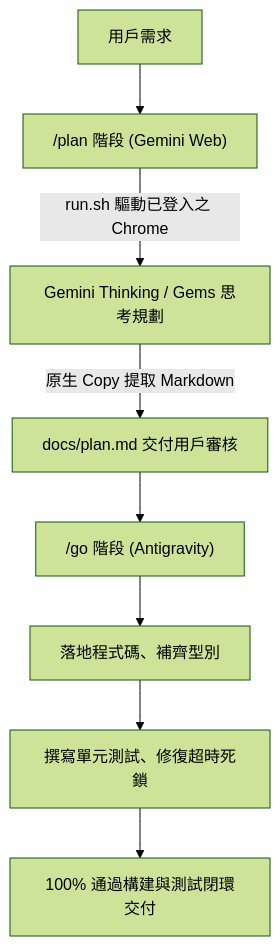
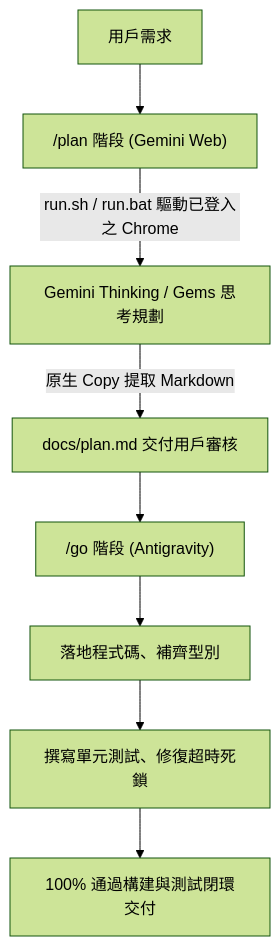
Before and after one commit to workingharry/gemini-web-copilot: the diagram in README.md, drawn with Mermaid (forest theme). The commit also changed other lines of this file and 4 other files, not shown here.

Commit message:
feat(windows): add full Windows support with install.ps1, run.bat, and cross-platform Chrome/paste detection

````diff
--- a/README.md
+++ b/README.md
@@ -58,10 +71,10 @@
 ```mermaid
 flowchart TD
     User["用戶需求"] --> Plan["/plan 階段 (Gemini Web)"]
-    Plan -->|"run.sh 驅動已登入之 Chrome"| Web["Gemini Thinking / Gems 思考規劃"]
+    Plan -->|"run.sh / run.bat 驅動已登入之 Chrome"| Web["Gemini Thinking / Gems 思考規劃"]
     Web -->|"原生 Copy 提取 Markdown"| Doc["docs/plan.md 交付用戶審核"]
     Doc --> Go["/go 階段 (Antigravity)"]
     Go --> Implement["落地程式碼、補齊型別"]
     Implement --> Test["撰寫單元測試、修復超時死鎖"]
     Test --> Complete["100% 通過構建與測試閉環交付"]
 ```
````
